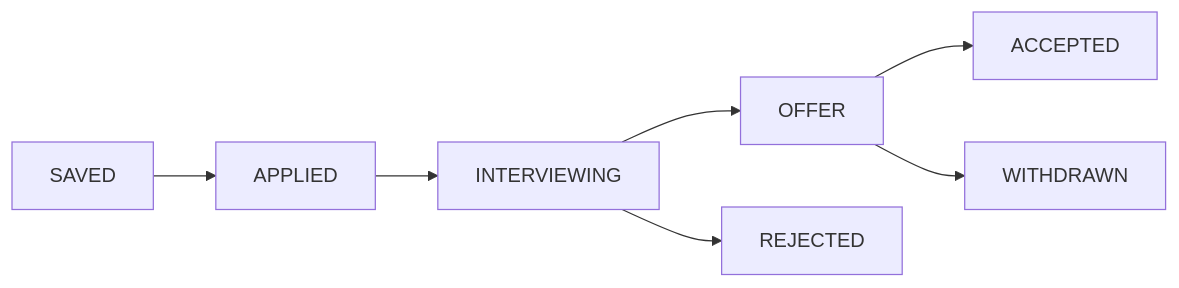
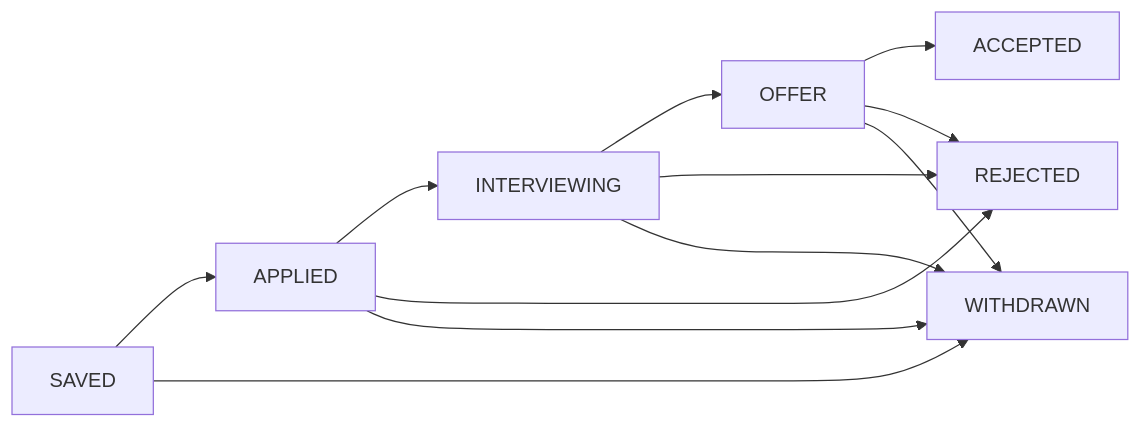
Before and after one commit to JuanPabloJimenezEsclusa/alexandra-job-tracker: the third of 3 diagrams in README.md, drawn with Mermaid. The commit also changed other lines of this file and 3 other files, not shown here.

````diff
--- a/README.md
+++ b/README.md
@@ -201,9 +202,14 @@
 ```mermaid
 flowchart LR
     SAVED --> APPLIED
+    SAVED --> WITHDRAWN
     APPLIED --> INTERVIEWING
+    APPLIED --> REJECTED
+    APPLIED --> WITHDRAWN
     INTERVIEWING --> OFFER
+    INTERVIEWING --> REJECTED
+    INTERVIEWING --> WITHDRAWN
     OFFER --> ACCEPTED
-    INTERVIEWING --> REJECTED
+    OFFER --> REJECTED
     OFFER --> WITHDRAWN
 ```
````
